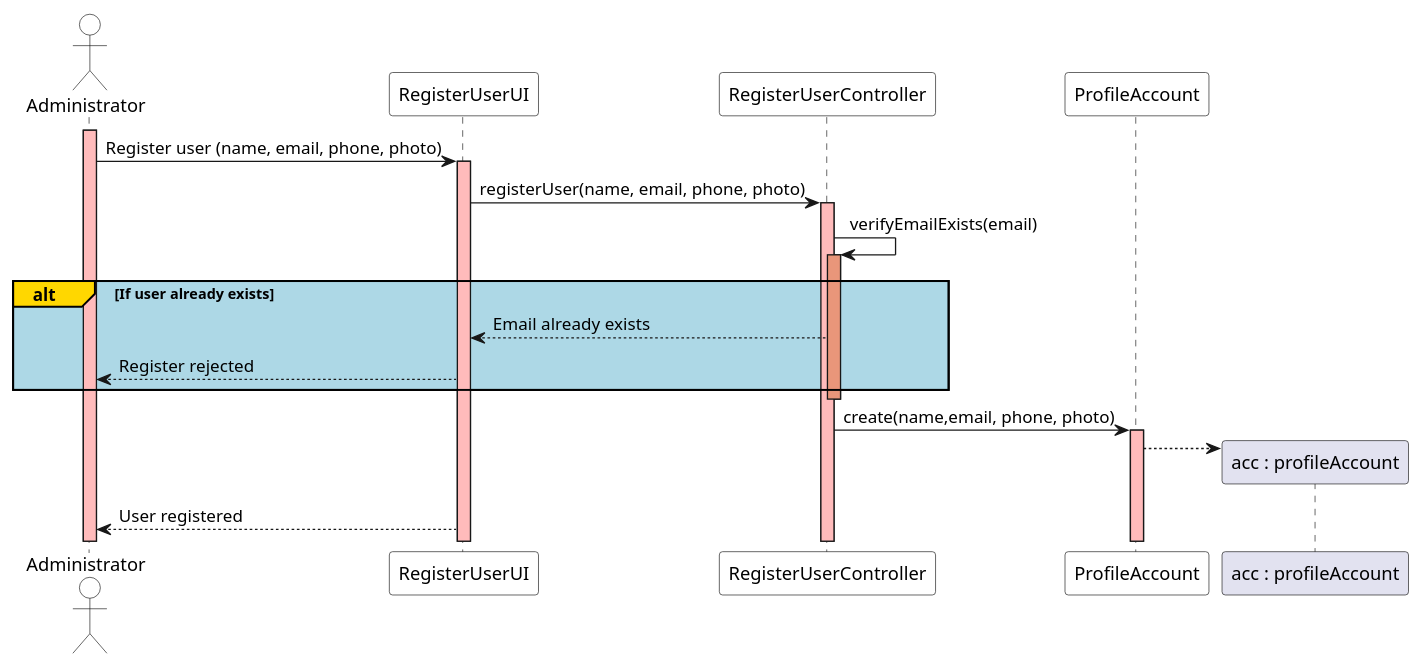
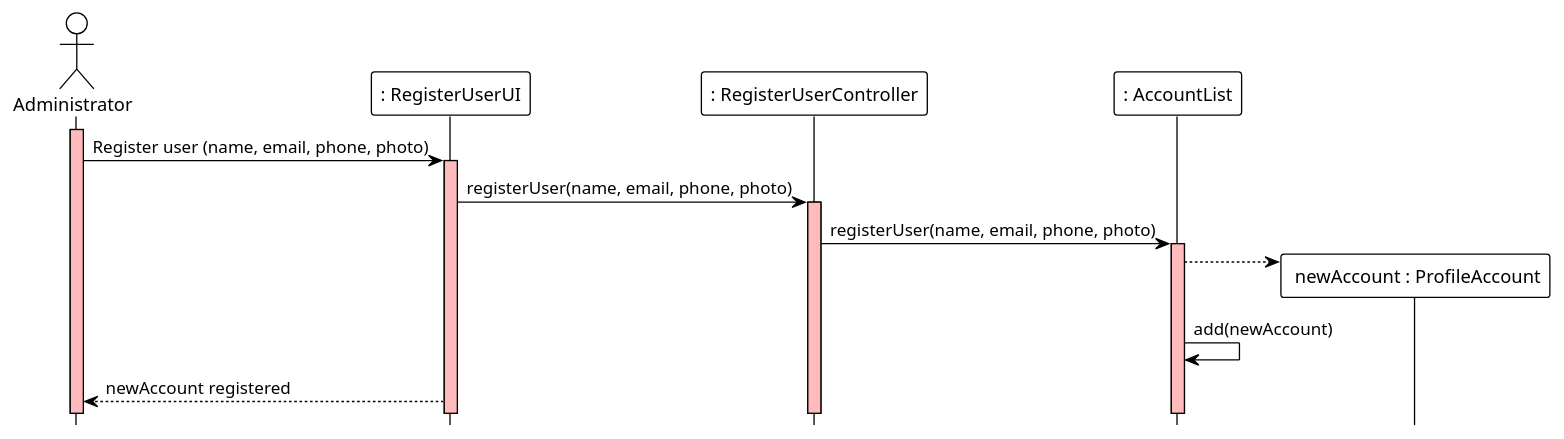
The diagram in docs/modelling_design/user_stories/us002/US002_RegisterUserSD.puml (ivo-menezes/project_g3), drawn with PlantUML before and after one commit.

Commit message:
US002: Design: update Register User SD

```diff
--- a/docs/modelling_design/user_stories/us002/US002_RegisterUserSD.puml
+++ b/docs/modelling_design/user_stories/us002/US002_RegisterUserSD.puml
@@ -1,31 +1,21 @@
 @startuml
-
-actor Administrator  as Administrator #white
-participant "RegisterUserUI" as UI #white
-participant "RegisterUserController" as Controller #white
-participant "ProfileAccount" as Account #white
+!theme plain
+hide footbox
+actor Administrator  as Administrator
+participant ": RegisterUserUI" as UI
+participant ": RegisterUserController" as Controller
+participant ": AccountList" as List
 
 activate Administrator #FFBBBB
 Administrator ->  UI : Register user (name, email, phone, photo)
 activate UI #FFBBBB
 UI -> Controller : registerUser(name, email, phone, photo)
+activate Controller #FFBBBB
+Controller -> List : registerUser(name, email, phone, photo)
+activate List #FFBBBB
 
-activate Controller #FFBBBB
-Controller -> Controller : verifyEmailExists(email)
-activate Controller #E9967A
+List -->" newAccount : ProfileAccount" **
+List -> List : add(newAccount)
 
-'Números dentro da caixa?
-alt#Gold #LightBlue If user already exists
-   UI <-- Controller : Email already exists
-   Administrator <-- UI : Register rejected
-end
-deactivate Controller
-
-Controller -> Account : create(name,email, phone, photo)
-activate Account #FFBBBB
-Account -->"acc : profileAccount" **
-'Controller -> Account : validateProfile(name,email, phone number, photo)
-
-UI --> Administrator : User registered
-
+UI --> Administrator : newAccount registered
 @enduml
```
